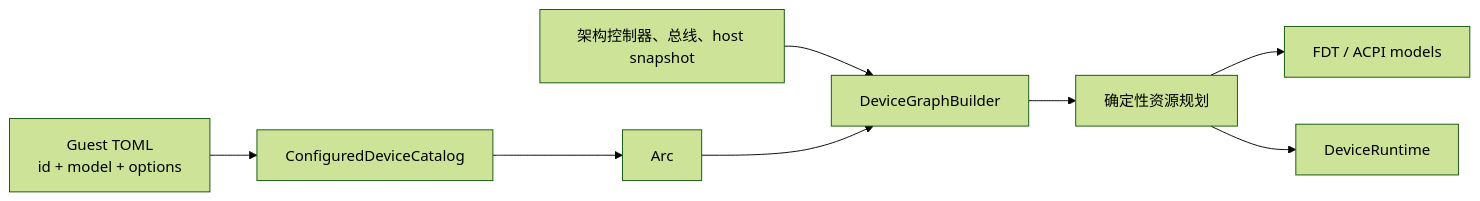
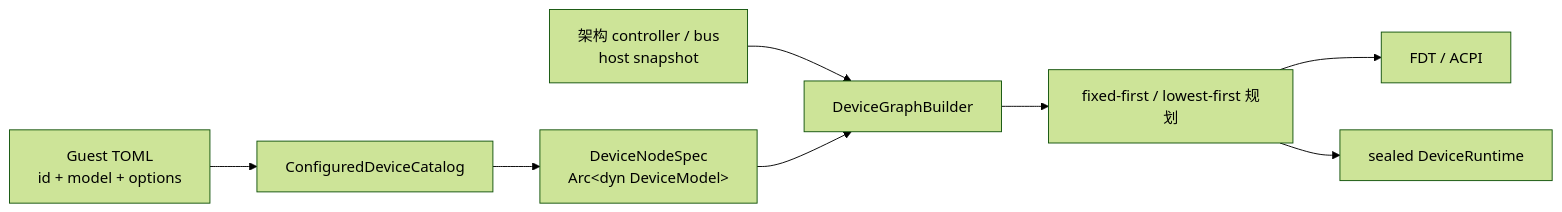
The diagram in docs/docs/architecture/axvisor/emulated-devices.md (rcore-os/tgoskits), drawn with Mermaid (forest theme) before and after one commit. The commit also changed other lines of this file and 70 other files, not shown here.

````diff
--- a/docs/docs/architecture/axvisor/emulated-devices.md
+++ b/docs/docs/architecture/axvisor/emulated-devices.md
@@ -7,10 +7,10 @@
 ```mermaid
 flowchart LR
     T["Guest TOML<br/>id + model + options"] --> C["ConfiguredDeviceCatalog"]
-    C --> M["Arc<dyn DeviceModel>"]
-    A["架构控制器、总线、host snapshot"] --> G["DeviceGraphBuilder"]
-    M --> G
-    G --> P["确定性资源规划"]
-    P --> F["FDT / ACPI models"]
-    P --> R["DeviceRuntime"]
+    C --> N["DeviceNodeSpec<br/>Arc&lt;dyn DeviceModel&gt;"]
+    A["架构 controller / bus<br/>host snapshot"] --> G["DeviceGraphBuilder"]
+    N --> G
+    G --> P["fixed-first / lowest-first 规划"]
+    P --> F["FDT / ACPI"]
+    P --> R["sealed DeviceRuntime"]
 ```
````
